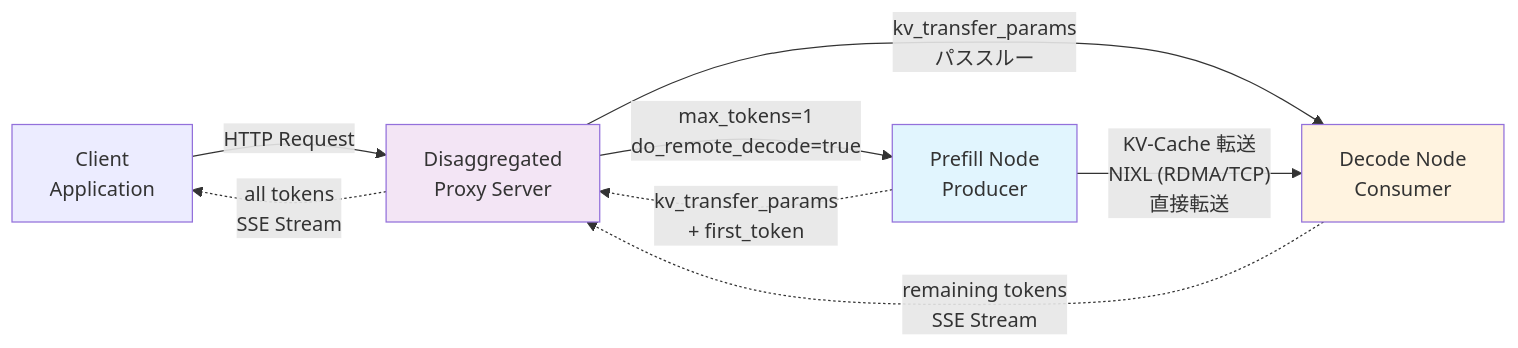
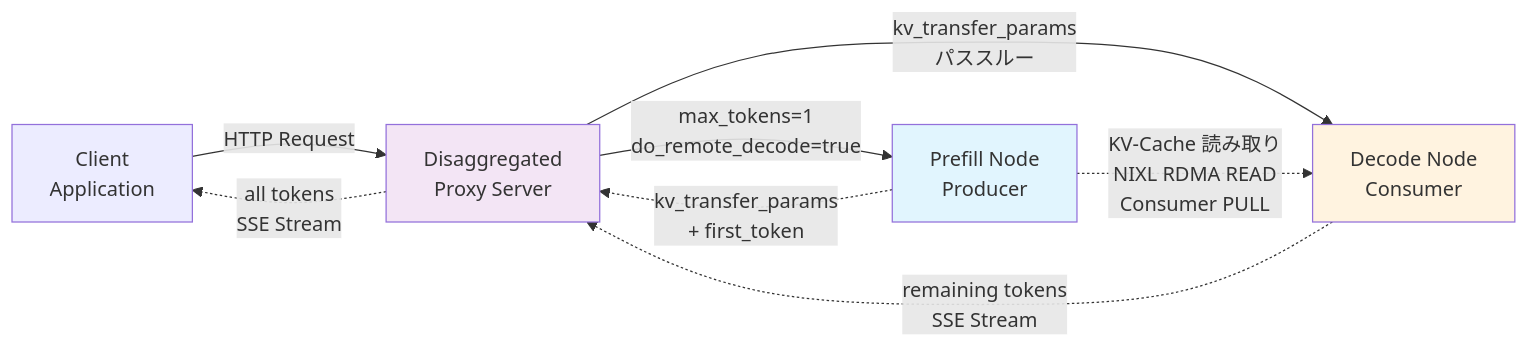
One commit to littlemex/zenn changed the first of 14 diagrams in articles/3dd524130320d3.md. Above: the diagram before and after it, drawn with Mermaid. The commit also changed other lines of this file, not shown here.

````diff
--- a/articles/3dd524130320d3.md
+++ b/articles/3dd524130320d3.md
@@ -23,14 +46,14 @@
 ```mermaid
 graph LR
     Client[Client<br/>Application] -->|HTTP Request| Proxy[Disaggregated<br/>Proxy Server]
     Proxy -->|"max_tokens=1<br/>do_remote_decode=true"| Prefill[Prefill Node<br/>Producer]
     Prefill -.->|"kv_transfer_params<br/>+ first_token"| Proxy
     Proxy -->|"kv_transfer_params<br/>パススルー"| Decode[Decode Node<br/>Consumer]
     Decode -.->|"remaining tokens<br/>SSE Stream"| Proxy
     Proxy -.->|"all tokens<br/>SSE Stream"| Client
-    Prefill -->|"KV-Cache 転送<br/>NIXL (RDMA/TCP)<br/>直接転送"| Decode
+    Prefill -.->|"KV-Cache 読み取り<br/>NIXL RDMA READ<br/>Consumer PULL"| Decode
 
-    style Prefill fill:#e1f5fe
-    style Decode fill:#fff3e0
-    style Proxy fill:#f3e5f5
+    style Prefill fill: #e1f5fe
+    style Decode fill: #fff3e0
+    style Proxy fill: #f3e5f5
 ```
````
